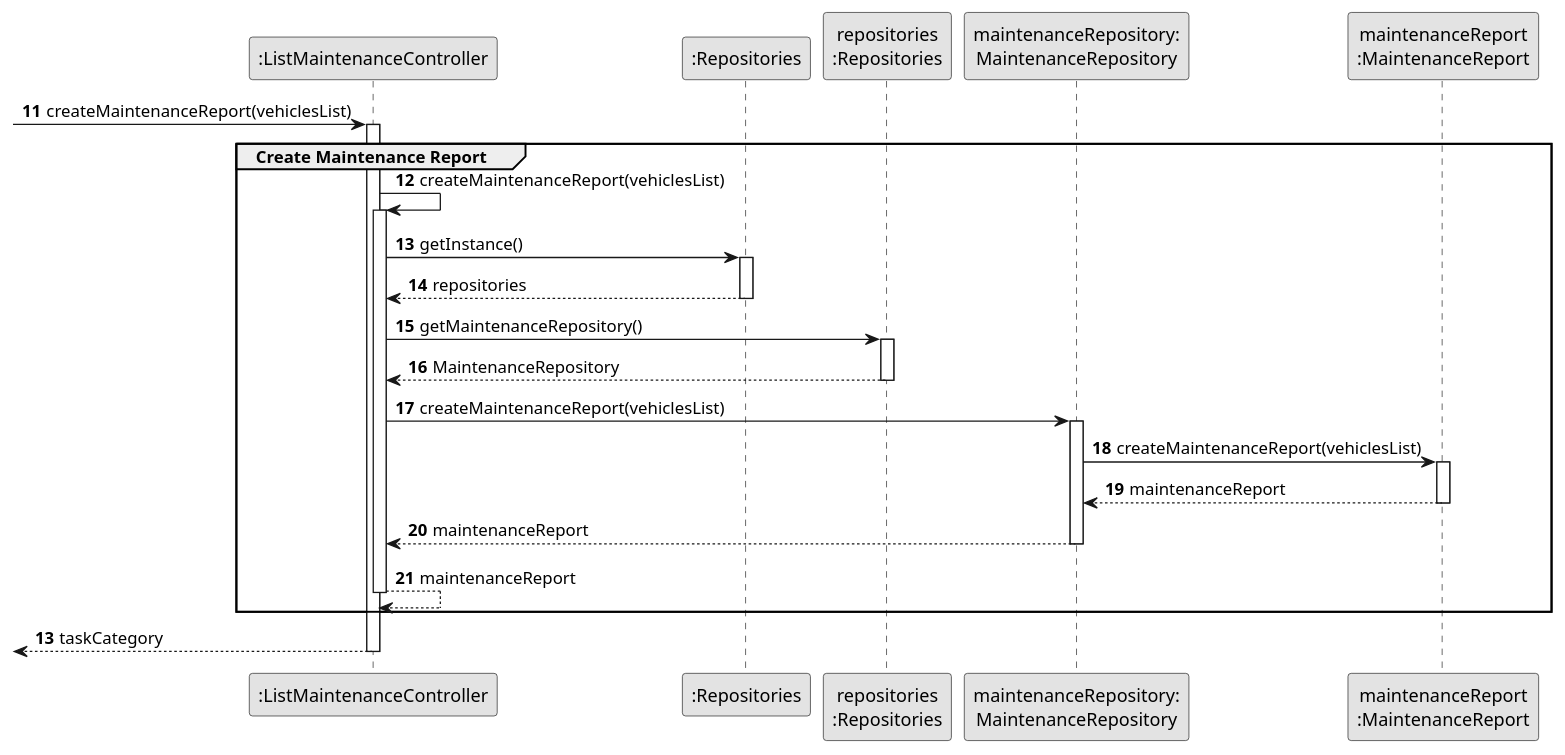
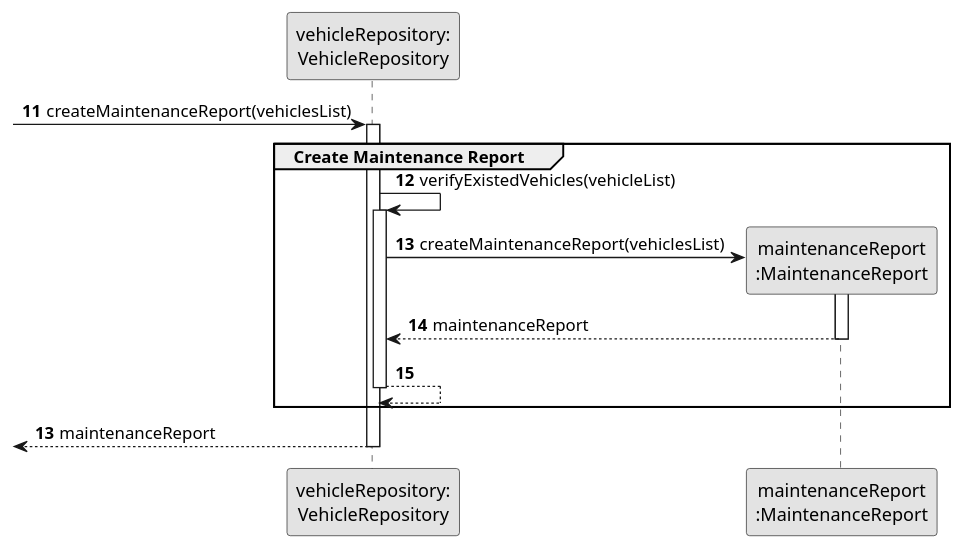
Before and after one commit to ricardomm7/leaflink: the diagram in docs/sprintB/us008/03.design/puml/us008-sequence-diagram-partial-create-maintenance-report.puml, drawn with PlantUML. The commit also changed 8 other files, not shown here.

Commit message:
LFC2-90<Change the sequence diagram> LFC2-114<Start class diagram and small changes on sequence diagram>

```diff
--- a/docs/sprintB/us008/03.design/puml/us008-sequence-diagram-partial-create-maintenance-report.puml
+++ b/docs/sprintB/us008/03.design/puml/us008-sequence-diagram-partial-create-maintenance-report.puml
@@ -1,56 +1,35 @@
 @startuml
 skinparam monochrome true
 skinparam packageStyle rectangle
 skinparam shadowing false
 
-participant ":ListMaintenanceController" as CTRL
-participant ":Repositories" as RepositorySingleton
-participant "repositories\n:Repositories" as PLAT
-participant "maintenanceRepository:\nMaintenanceRepository" as MaintenanceRepository
+participant "vehicleRepository:\nVehicleRepository" as VehicleRepository
 participant "maintenanceReport\n:MaintenanceReport" as MaintenanceReport
 
 autonumber 11
--> CTRL : createMaintenanceReport(vehiclesList)
+-> VehicleRepository : createMaintenanceReport(vehiclesList)
 
-activate CTRL
+activate VehicleRepository
     group Create Maintenance Report
 
-        CTRL -> CTRL : createMaintenanceReport(vehiclesList)
-                    activate CTRL
 
-                        CTRL -> RepositorySingleton : getInstance()
-                        activate RepositorySingleton
+                        VehicleRepository -> VehicleRepository: verifyExistedVehicles(vehicleList)
+                        activate VehicleRepository
 
-                            RepositorySingleton --> CTRL: repositories
-                        deactivate RepositorySingleton
-
-                        CTRL -> PLAT : getMaintenanceRepository()
-                        activate PLAT
-
-                            PLAT --> CTRL: MaintenanceRepository
-                        deactivate PLAT
-
-                        CTRL -> MaintenanceRepository : createMaintenanceReport(vehiclesList)
-                        activate MaintenanceRepository
-
-                            MaintenanceRepository -> MaintenanceReport : createMaintenanceReport(vehiclesList)
+                            VehicleRepository -> MaintenanceReport **: createMaintenanceReport(vehiclesList)
                             activate MaintenanceReport
 
-                            MaintenanceReport --> MaintenanceRepository : maintenanceReport
-                            deactivate MaintenanceReport
+                            MaintenanceReport --> VehicleRepository : maintenanceReport
+                            deactivate
 
-                        MaintenanceRepository --> CTRL : maintenanceReport
-                        deactivate MaintenanceRepository
-
-                    CTRL --> CTRL : maintenanceReport
-                    deactivate CTRL
-
+                        VehicleRepository --> VehicleRepository
+                        deactivate VehicleRepository
     end group
 
     autonumber 13
-    <-- CTRL : taskCategory
+    <-- VehicleRepository : maintenanceReport
 
-deactivate CTRL
+deactivate VehicleRepository
 
 
 @enduml
```
